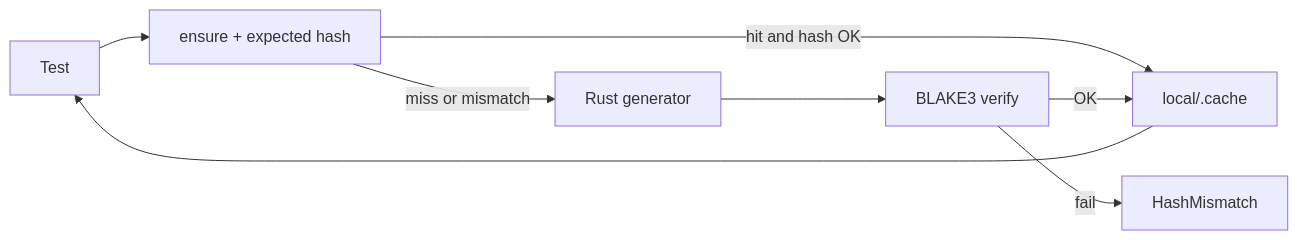
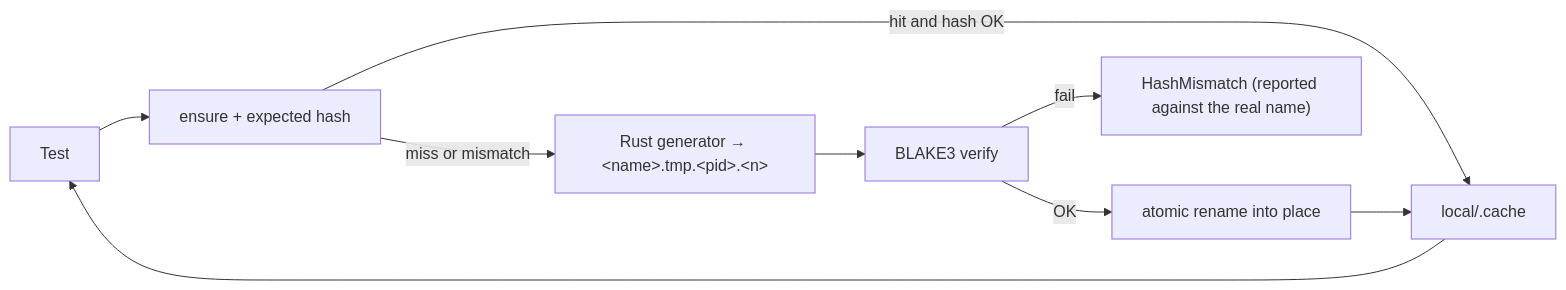
Before and after one commit to nyxways/mediaway: the diagram in docs/ai/wiki/meta/test-media.md, drawn with Mermaid. The commit also changed other lines of this file and 13 other files, not shown here.

````diff
--- a/docs/ai/wiki/meta/test-media.md
+++ b/docs/ai/wiki/meta/test-media.md
@@ -14,10 +14,11 @@
 ```mermaid
 flowchart LR
   T[Test] --> E["ensure + expected hash"]
   E -->|hit and hash OK| C[local/.cache]
-  E -->|miss or mismatch| G[Rust generator]
+  E -->|miss or mismatch| G["Rust generator → &lt;name&gt;.tmp.&lt;pid&gt;.&lt;n&gt;"]
   G --> V[BLAKE3 verify]
-  V -->|OK| C
-  V -->|fail| X[HashMismatch]
+  V -->|OK| R[atomic rename into place]
+  R --> C
+  V -->|fail| X["HashMismatch (reported against the real name)"]
   C --> T
 ```
````
